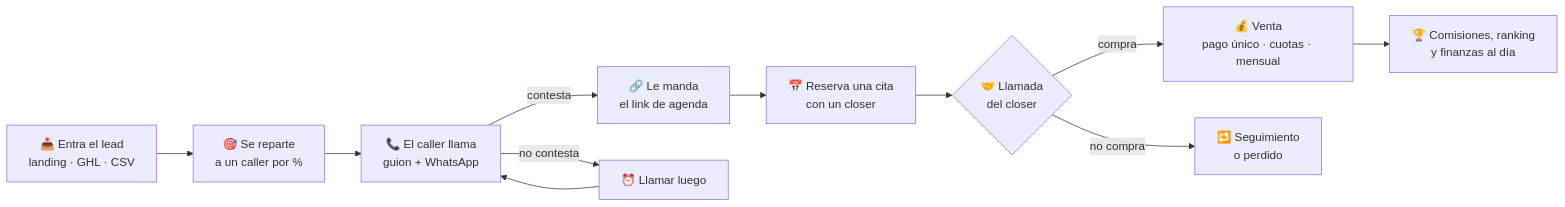
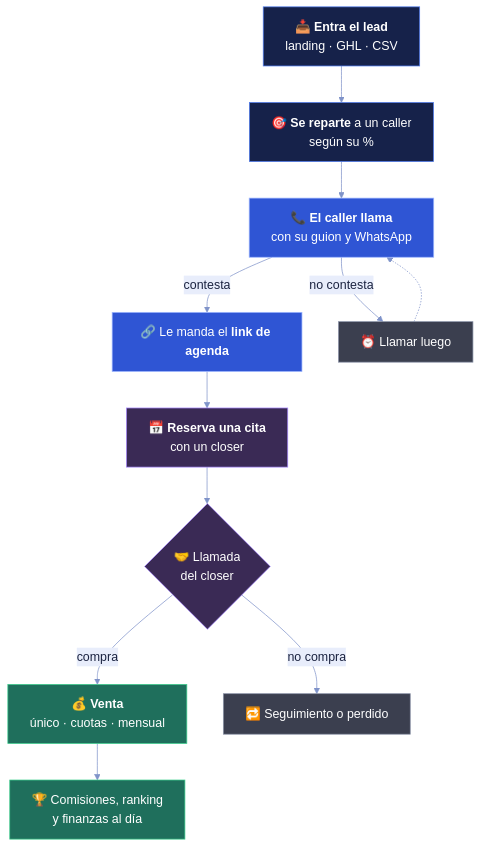
The second of 3 diagrams in README.md (eternitydevzz/dashboard-ventas-maestria), drawn with Mermaid before and after one commit. The commit also changed other lines of this file, not shown here.

Commit message:
docs: diagramas del README más claros y legibles

````diff
--- a/README.md
+++ b/README.md
@@ -130,13 +117,19 @@
 ```mermaid
-flowchart LR
-    A["📥 Entra el lead<br/>landing · GHL · CSV"] --> B["🎯 Se reparte<br/>a un caller por %"]
-    B --> C["📞 El caller llama<br/>guion + WhatsApp"]
-    C -->|contesta| D["🔗 Le manda<br/>el link de agenda"]
-    C -->|no contesta| C2["⏰ Llamar luego"]
-    C2 --> C
-    D --> E["📅 Reserva una cita<br/>con un closer"]
-    E --> F{"🤝 Llamada<br/>del closer"}
-    F -->|compra| G["💰 Venta<br/>pago único · cuotas · mensual"]
-    F -->|no compra| H["🔁 Seguimiento<br/>o perdido"]
-    G --> I["🏆 Comisiones, ranking<br/>y finanzas al día"]
+%%{init: {"theme":"base","themeVariables":{"primaryColor":"#16224a","primaryTextColor":"#1b2340","primaryBorderColor":"#4f7cf0","lineColor":"#7f93c9","fontFamily":"Segoe UI, Helvetica, Arial, sans-serif","fontSize":"17px","edgeLabelBackground":"#e8edfb","textColor":"#1b2340"}}}%%
+flowchart TD
+    A["📥 <b>Entra el lead</b><br/>landing · GHL · CSV"]:::paso --> B["🎯 <b>Se reparte</b> a un caller<br/>según su %"]:::paso
+    B --> C["📞 <b>El caller llama</b><br/>con su guion y WhatsApp"]:::caller
+    C -- contesta --> D["🔗 Le manda el <b>link de agenda</b>"]:::caller
+    C -- no contesta --> C2["⏰ Llamar luego"]:::espera
+    C2 -.-> C
+    D --> E["📅 <b>Reserva una cita</b><br/>con un closer"]:::closer
+    E --> F{"🤝 Llamada<br/>del closer"}:::closer
+    F -- compra --> G["💰 <b>Venta</b><br/>único · cuotas · mensual"]:::venta
+    F -- no compra --> H["🔁 Seguimiento o perdido"]:::espera
+    G --> I["🏆 Comisiones, ranking<br/>y finanzas al día"]:::venta
+    classDef paso fill:#16224a,stroke:#4f7cf0,color:#fff
+    classDef caller fill:#2f55d4,stroke:#9db6ff,color:#fff
+    classDef closer fill:#3a2a55,stroke:#a98bff,color:#fff
+    classDef venta fill:#1f6f5c,stroke:#3ECF8E,color:#fff
+    classDef espera fill:#3b3f4f,stroke:#8b93a7,color:#fff
 ```
````
